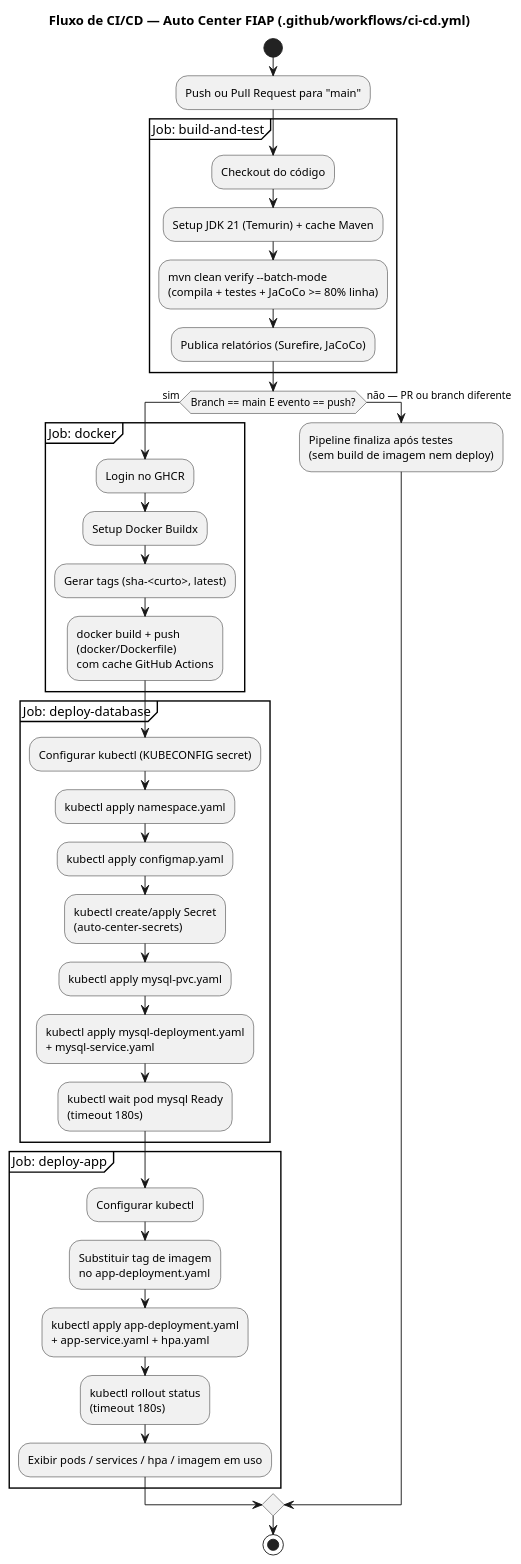
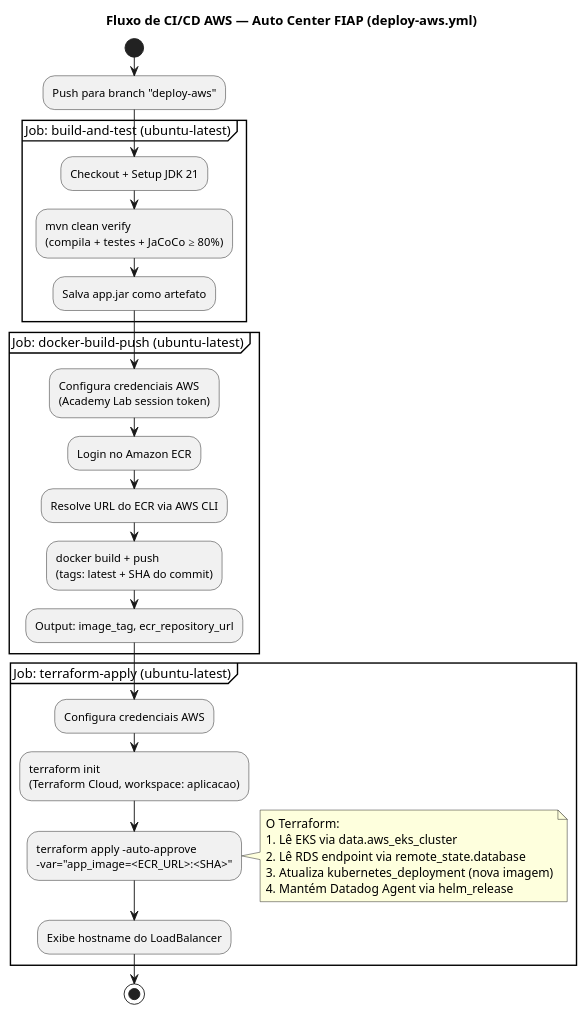
Before and after one commit to AutocenterFiap/autocenter: the fifth of 8 diagrams in README.md, drawn with PlantUML. The commit also changed other lines of this file, not shown here.

First line of the commit message:
docs(readme): atualiza README com nova descrição e estrutura do projeto

````diff
--- a/README.md
+++ b/README.md
@@ -430,49 +626,39 @@
 ```plantuml
-@startuml Fluxo_Deploy_AutoCenterFIAP
-title Fluxo de CI/CD — Auto Center FIAP (.github/workflows/ci-cd.yml)
+@startuml Fluxo_Deploy_AWS_AutoCenterFIAP
+title Fluxo de CI/CD AWS — Auto Center FIAP (deploy-aws.yml)
 
 start
 
-:Push ou Pull Request para "main";
+:Push para branch "deploy-aws";
 
-partition "Job: build-and-test" {
-  :Checkout do código;
-  :Setup JDK 21 (Temurin) + cache Maven;
-  :mvn clean verify --batch-mode\n(compila + testes + JaCoCo >= 80% linha);
-  :Publica relatórios (Surefire, JaCoCo);
+partition "Job: build-and-test (ubuntu-latest)" {
+  :Checkout + Setup JDK 21;
+  :mvn clean verify\n(compila + testes + JaCoCo ≥ 80%);
+  :Salva app.jar como artefato;
 }
 
-if (Branch == main E evento == push?) then (sim)
+partition "Job: docker-build-push (ubuntu-latest)" {
+  :Configura credenciais AWS\n(Academy Lab session token);
+  :Login no Amazon ECR;
+  :Resolve URL do ECR via AWS CLI;
+  :docker build + push\n(tags: latest + SHA do commit);
+  :Output: image_tag, ecr_repository_url;
+}
 
-  partition "Job: docker" {
-    :Login no GHCR;
-    :Setup Docker Buildx;
-    :Gerar tags (sha-<curto>, latest);
-    :docker build + push\n(docker/Dockerfile)\ncom cache GitHub Actions;
-  }
-
-  partition "Job: deploy-database" {
-    :Configurar kubectl (KUBECONFIG secret);
-    :kubectl apply namespace.yaml;
-    :kubectl apply configmap.yaml;
-    :kubectl create/apply Secret\n(auto-center-secrets);
-    :kubectl apply mysql-pvc.yaml;
-    :kubectl apply mysql-deployment.yaml\n+ mysql-service.yaml;
-    :kubectl wait pod mysql Ready\n(timeout 180s);
-  }
-
-  partition "Job: deploy-app" {
-    :Configurar kubectl;
-    :Substituir tag de imagem\nno app-deployment.yaml;
-    :kubectl apply app-deployment.yaml\n+ app-service.yaml + hpa.yaml;
-    :kubectl rollout status\n(timeout 180s);
-    :Exibir pods / services / hpa / imagem em uso;
-  }
-
-else (não — PR ou branch diferente)
-  :Pipeline finaliza após testes\n(sem build de imagem nem deploy);
-endif
+partition "Job: terraform-apply (ubuntu-latest)" {
+  :Configura credenciais AWS;
+  :terraform init\n(Terraform Cloud, workspace: aplicacao);
+  :terraform apply -auto-approve\n-var="app_image=<ECR_URL>:<SHA>";
+  note right
+    O Terraform:
+    1. Lê EKS via data.aws_eks_cluster
+    2. Lê RDS endpoint via remote_state.database
+    3. Atualiza kubernetes_deployment (nova imagem)
+    4. Mantém Datadog Agent via helm_release
+  end note
+  :Exibe hostname do LoadBalancer;
+}
 
 stop
 @enduml
 ```
````
